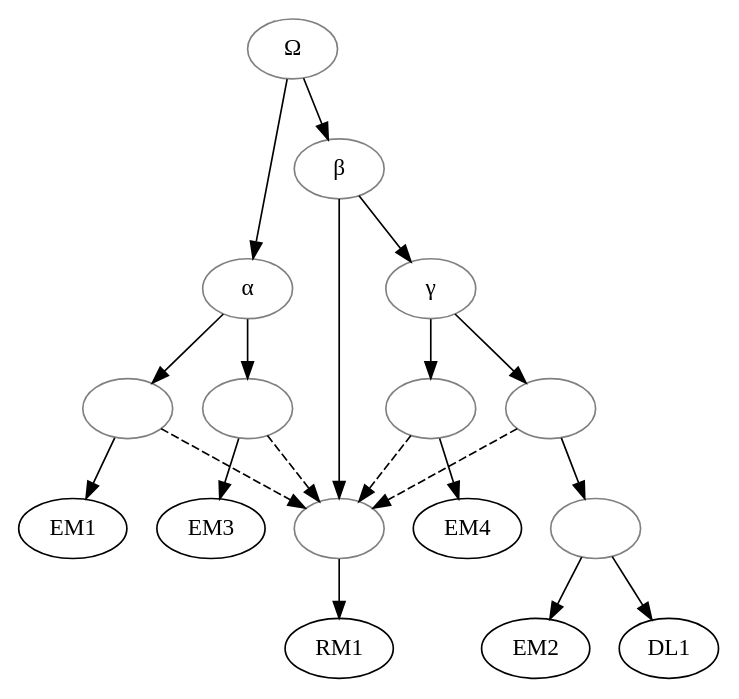
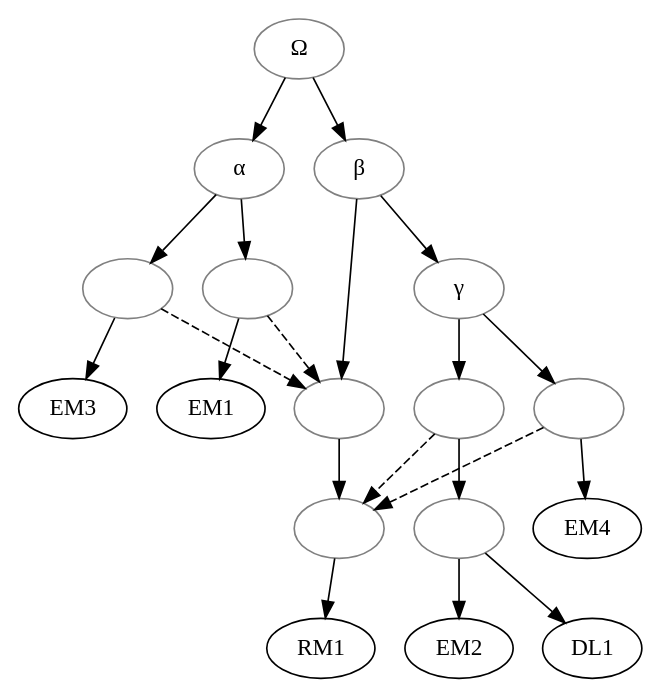
The diagram in data/gez/ZewdieGebreegziabher_2023_GadlaFeqertaKrestos/stemma.gv (OpenStemmata/database), drawn with Graphviz before and after one commit. The commit also changed 4 other files, not shown here.

```diff
--- a/data/gez/ZewdieGebreegziabher_2023_GadlaFeqertaKrestos/stemma.gv
+++ b/data/gez/ZewdieGebreegziabher_2023_GadlaFeqertaKrestos/stemma.gv
@@ -1,38 +1,40 @@
 digraph {
     omega -> alpha;
     omega -> beta;
     beta -> gamma;
     
     alpha -> alphaprime;
     alphaprime -> EM1;
     alpha -> alphasec;
     alphasec -> EM3;
     
     beta -> betaprime
-    betaprime -> RM1;
+    betaprime -> betasec;
+    betasec -> RM1;
     
     gamma -> gammaprime;
     gammaprime -> EM4;
     
     gamma -> gammasec;
     gammasec -> unlabeled1;
     
     unlabeled1 -> DL1;
     unlabeled1 -> EM2;
 
     alphaprime -> betaprime [style="dashed"];
     alphasec -> betaprime [style="dashed"];
-    gammaprime -> betaprime [style="dashed"];
-    gammasec -> betaprime [style="dashed"];
+    gammaprime -> betasec [style="dashed"];
+    gammasec -> betasec [style="dashed"];
 
     unlabeled1 [label="",color="grey"];
     omega [label="Ω",color="grey"];
     alpha [label="α",color="grey"];
     beta [label="β",color="grey"];
     gamma [label="γ",color="grey"];
     alphaprime [label="",color="grey"];
     alphasec [label="",color="grey"];
     betaprime [label="",color="grey"];
+    betasec [label="",color="grey"];
     gammaprime [label="",color="grey"];
     gammasec [label="",color="grey"];
 }
```
